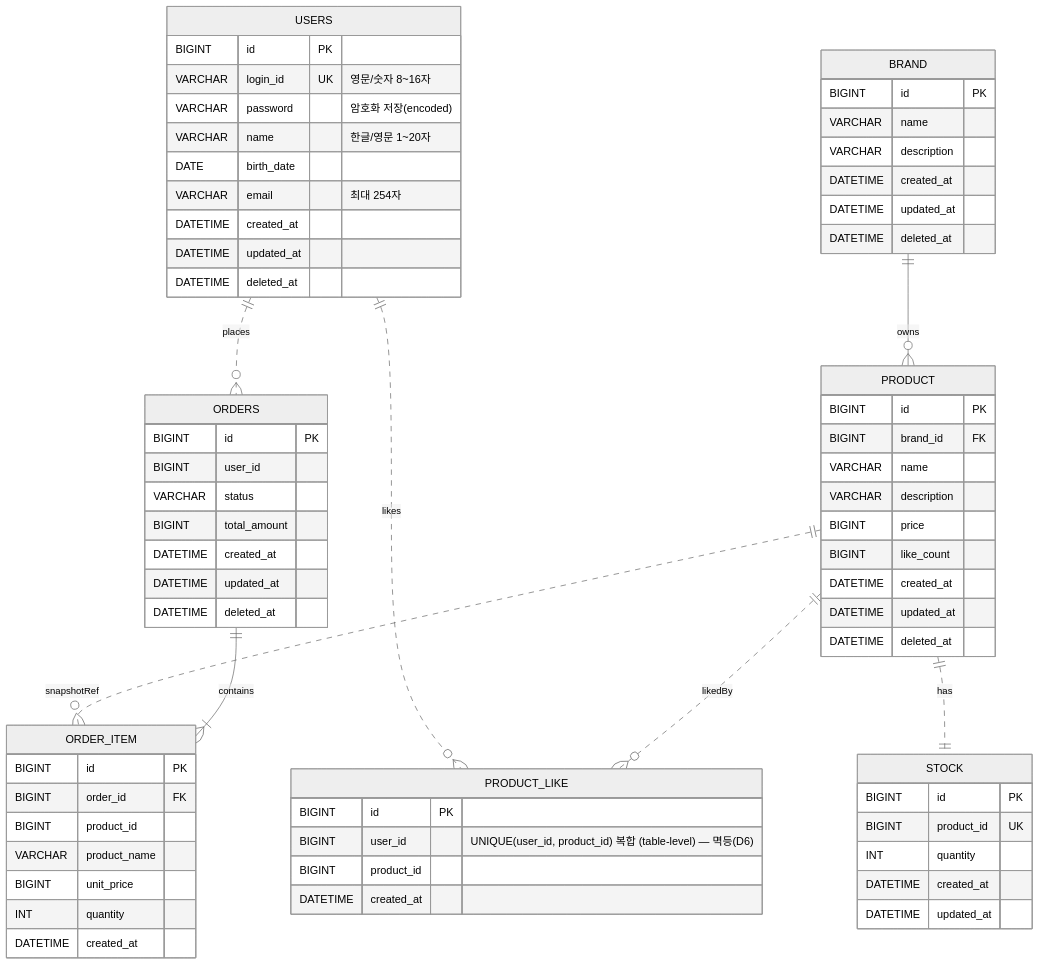
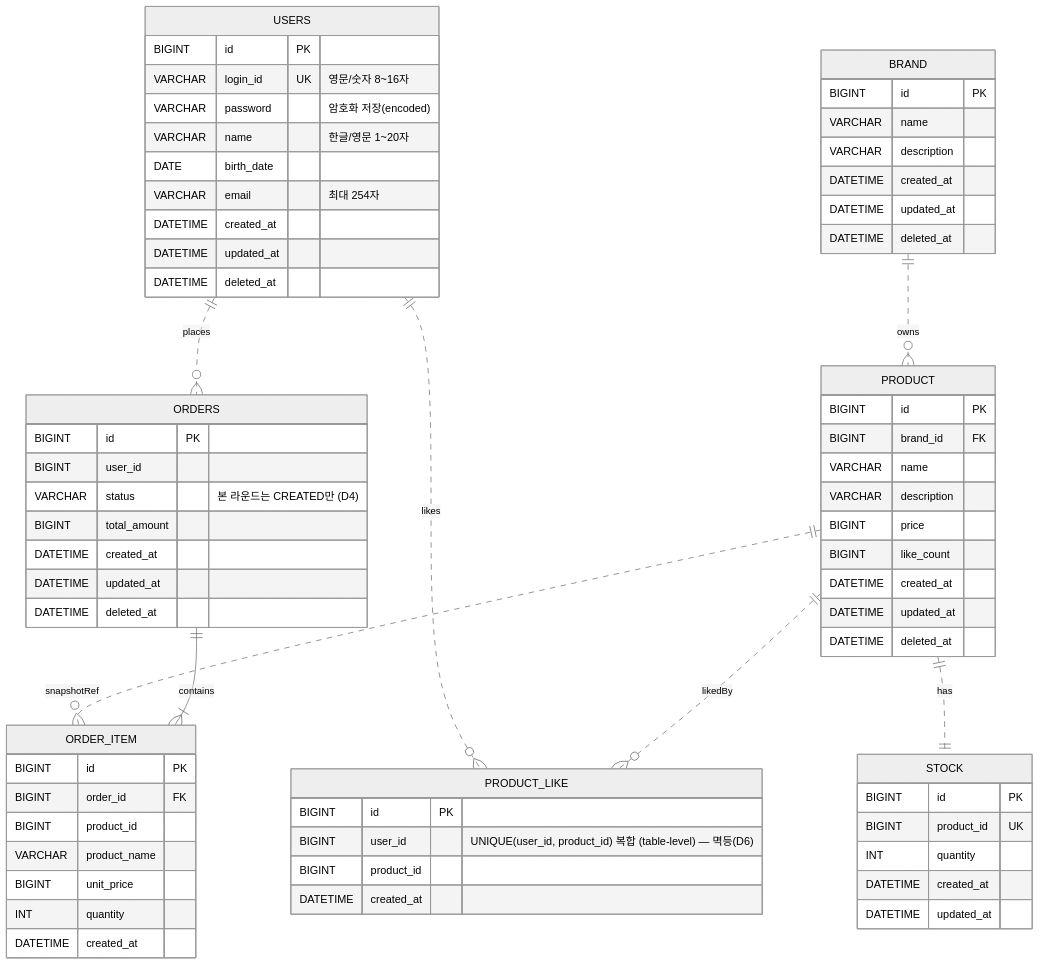
One commit to Hwasowl/loop-pack-be-l2-vol4-java changed the diagram in .docs/design/04-erd.md. Above: the diagram before and after it, drawn with Mermaid (neutral theme). The commit also changed 20 other files, not shown here.

````diff
--- a/.docs/design/04-erd.md
+++ b/.docs/design/04-erd.md
@@ -6,82 +6,82 @@
 ```mermaid
 erDiagram
-    %% ID 기반 논리 참조 (매핑 없음 — 크로스 애그리거트/외부/스냅샷)
+    %% ID 기반 논리 참조 (매핑 없음 — 다른 애그리거트/외부/스냅샷, D18)
     USERS ||..o{ ORDERS : places
     USERS ||..o{ PRODUCT_LIKE : likes
     PRODUCT ||..o{ PRODUCT_LIKE : likedBy
     PRODUCT ||..o{ ORDER_ITEM : snapshotRef
     PRODUCT ||..|| STOCK : has
+    BRAND ||..o{ PRODUCT : owns
 
-    %% JPA 연관 매핑 유지 (논리 FK, 물리 제약 미설정 — D12)
-    BRAND ||--o{ PRODUCT : owns
+    %% JPA 연관 매핑 (같은 애그리거트 — D18). 물리 FK 제약은 D12에 따라 미설정.
     ORDERS ||--|{ ORDER_ITEM : contains
 
     %% USERS: 외부 컨텍스트(Round 1 구현 완료) — 본 라운드 설계 범위 밖이나 관계 파악을 위해 실제 스키마를 표기
     USERS {
         BIGINT id PK
         VARCHAR login_id UK "영문/숫자 8~16자"
         VARCHAR password "암호화 저장(encoded)"
         VARCHAR name "한글/영문 1~20자"
         DATE birth_date
         VARCHAR email "최대 254자"
         DATETIME created_at
         DATETIME updated_at
         DATETIME deleted_at
     }
 
     BRAND {
         BIGINT id PK
         VARCHAR name
         VARCHAR description
         DATETIME created_at
         DATETIME updated_at
         DATETIME deleted_at
     }
 
     PRODUCT {
         BIGINT id PK
         BIGINT brand_id FK
         VARCHAR name
         VARCHAR description
         BIGINT price
         BIGINT like_count
         DATETIME created_at
         DATETIME updated_at
         DATETIME deleted_at
     }
 
     STOCK {
         BIGINT id PK
         BIGINT product_id UK
         INT quantity
         DATETIME created_at
         DATETIME updated_at
     }
 
     PRODUCT_LIKE {
         BIGINT id PK
         BIGINT user_id "UNIQUE(user_id, product_id) 복합 (table-level) — 멱등(D6)"
         BIGINT product_id
         DATETIME created_at
     }
 
     ORDERS {
         BIGINT id PK
         BIGINT user_id
-        VARCHAR status
+        VARCHAR status "본 라운드는 CREATED만 (D4)"
         BIGINT total_amount
         DATETIME created_at
         DATETIME updated_at
         DATETIME deleted_at
     }
 
     ORDER_ITEM {
         BIGINT id PK
         BIGINT order_id FK
         BIGINT product_id
         VARCHAR product_name
         BIGINT unit_price
         INT quantity
         DATETIME created_at
     }
 ```
````
